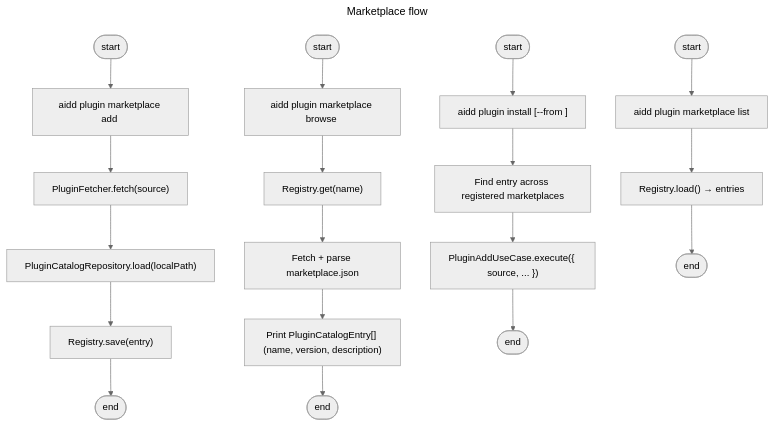
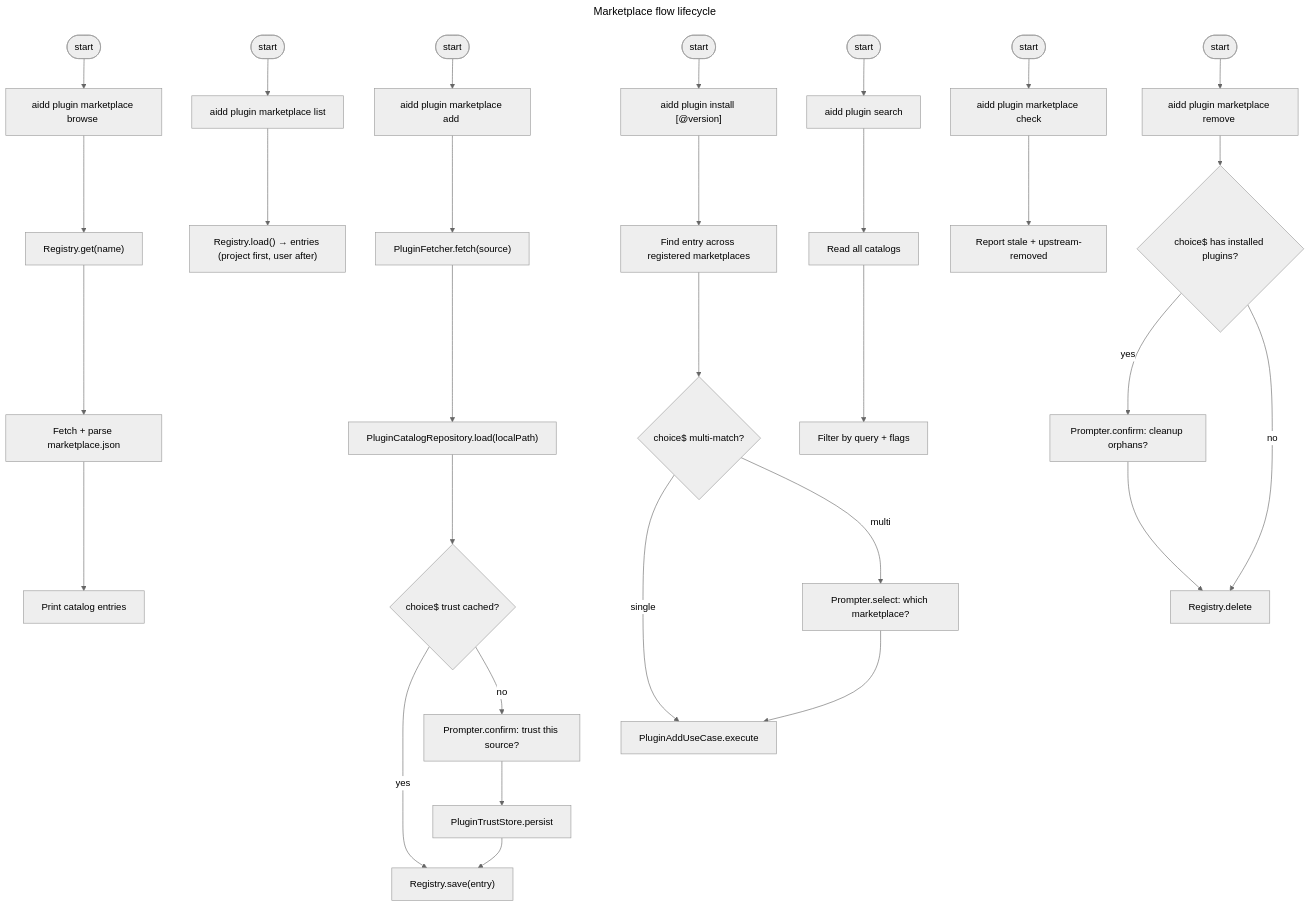
Before and after one commit to ai-driven-dev/framework: the diagram in aidd_docs/tasks/2026_04/2026_04_28-#261-plugin-marketplace-flow.md, drawn with Mermaid (neutral theme). The commit also changed other lines of this file and 51 other files, not shown here.

````diff
--- a/aidd_docs/tasks/2026_04/2026_04_28-#261-plugin-marketplace-flow.md
+++ b/aidd_docs/tasks/2026_04/2026_04_28-#261-plugin-marketplace-flow.md
@@ -132,40 +139,70 @@
 ```mermaid
 ---
-title: Marketplace flow
+title: Marketplace flow lifecycle
 ---
 flowchart TD
   AddCmd["aidd plugin marketplace add <url>"]
   Fetch["PluginFetcher.fetch(source)"]
   ParseCatalog["PluginCatalogRepository.load(localPath)"]
+  TrustCheck{"choice$ trust cached?"}
+  PromptTrust["Prompter.confirm: trust this source?"]
+  TrustCache["PluginTrustStore.persist"]
   Persist["Registry.save(entry)"]
   ListCmd["aidd plugin marketplace list"]
-  ReadRegistry["Registry.load() → entries"]
+  ReadRegistry["Registry.load() → entries (project first, user after)"]
   BrowseCmd["aidd plugin marketplace browse <name>"]
   ReadEntry["Registry.get(name)"]
   RefetchCatalog["Fetch + parse marketplace.json"]
-  ShowEntries["Print PluginCatalogEntry[] (name, version, description)"]
-  InstallCmd["aidd plugin install <plugin-name> [--from <market>]"]
+  ShowEntries["Print catalog entries"]
+  InstallCmd["aidd plugin install <plugin-name>[@version]"]
   ResolveSource["Find entry across registered marketplaces"]
-  CallAdd["PluginAddUseCase.execute({ source, ... })"]
+  ConflictCheck{"choice$ multi-match?"}
+  PromptResolve["Prompter.select: which marketplace?"]
+  CallAdd["PluginAddUseCase.execute"]
+  SearchCmd["aidd plugin search <query>"]
+  AggregateCatalogs["Read all catalogs"]
+  FilterMatch["Filter by query + flags"]
+  CheckCmd["aidd plugin marketplace check"]
+  ReportStale["Report stale + upstream-removed"]
+  RemoveCmd["aidd plugin marketplace remove <name>"]
+  WarnInstalled{"choice$ has installed plugins?"}
+  PromptCleanup["Prompter.confirm: cleanup orphans?"]
+  DeleteEntry["Registry.delete"]
 
   AddStart(["start"]) --> AddCmd
   AddCmd --> Fetch
   Fetch --> ParseCatalog
-  ParseCatalog --> Persist
-  Persist --> AddDone([end])
+  ParseCatalog --> TrustCheck
+  TrustCheck -- yes --> Persist
+  TrustCheck -- no --> PromptTrust
+  PromptTrust --> TrustCache
+  TrustCache --> Persist
 
   ListStart(["start"]) --> ListCmd
   ListCmd --> ReadRegistry
-  ReadRegistry --> ListDone([end])
 
   BrowseStart(["start"]) --> BrowseCmd
   BrowseCmd --> ReadEntry
   ReadEntry --> RefetchCatalog
   RefetchCatalog --> ShowEntries
-  ShowEntries --> BrowseDone([end])
 
   InstallStart(["start"]) --> InstallCmd
   InstallCmd --> ResolveSource
-  ResolveSource --> CallAdd
-  CallAdd --> InstallDone([end])
+  ResolveSource --> ConflictCheck
+  ConflictCheck -- single --> CallAdd
+  ConflictCheck -- multi --> PromptResolve
+  PromptResolve --> CallAdd
+
+  SearchStart(["start"]) --> SearchCmd
+  SearchCmd --> AggregateCatalogs
+  AggregateCatalogs --> FilterMatch
+
+  CheckStart(["start"]) --> CheckCmd
+  CheckCmd --> ReportStale
+
+  RemoveStart(["start"]) --> RemoveCmd
+  RemoveCmd --> WarnInstalled
+  WarnInstalled -- yes --> PromptCleanup
+  WarnInstalled -- no --> DeleteEntry
+  PromptCleanup --> DeleteEntry
 ```
````
